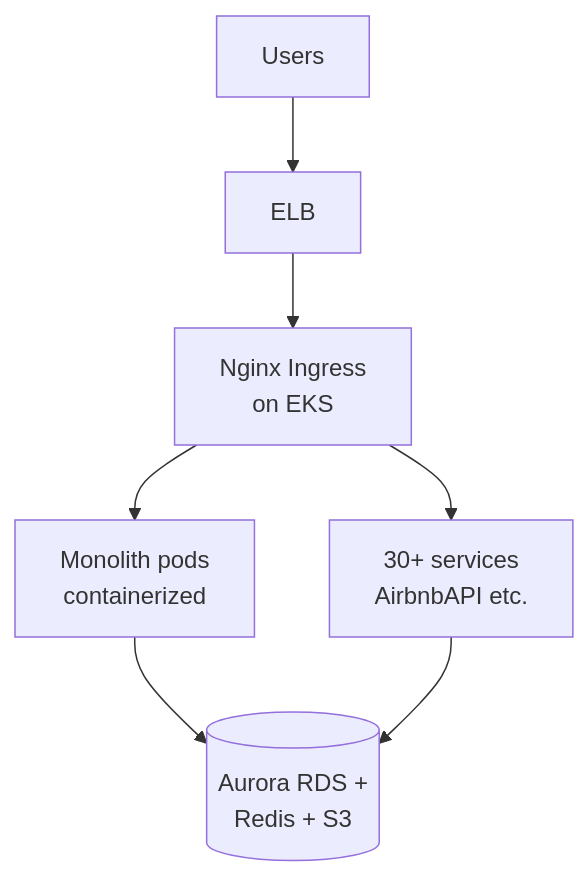
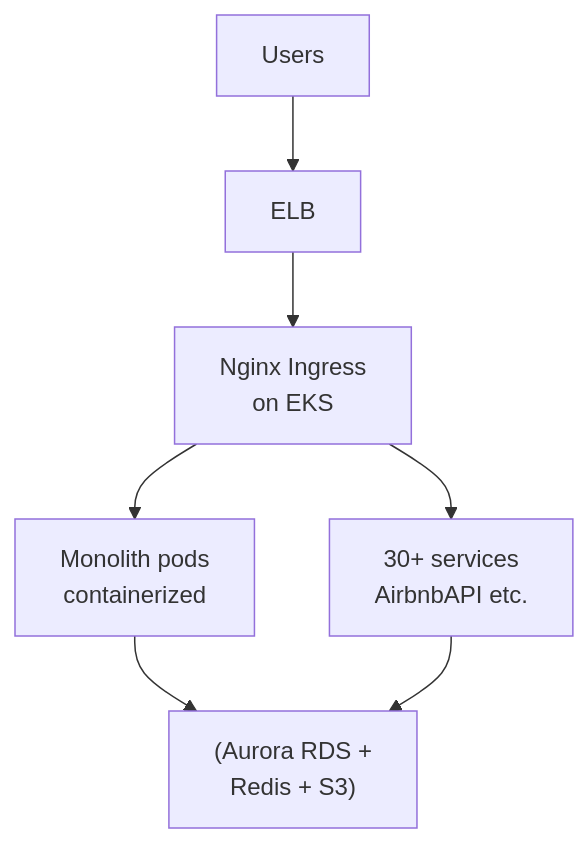
The diagram in 17-company-cases/airbnb.md (WhoisMonesh/K8S-Everything), drawn with Mermaid before and after one commit. The commit also changed 62 other files, not shown here.

First line of the commit message:
Fix all Mermaid diagrams for GitHub compatibility

````diff
--- a/17-company-cases/airbnb.md
+++ b/17-company-cases/airbnb.md
@@ -24,9 +24,9 @@
 ```mermaid
 graph TD
     Users --> LB[ELB]
     LB --> Ingress[Nginx Ingress<br/>on EKS]
     Ingress --> Monolith[Monolith pods<br/>containerized]
     Ingress --> Services[30+ services<br/>AirbnbAPI etc.]
-    Monolith --> DB[(Aurora RDS +<br/>Redis + S3)]
+    Monolith --> DB["(Aurora RDS +<br/>Redis + S3)"]
     Services --> DB
 ```
````
